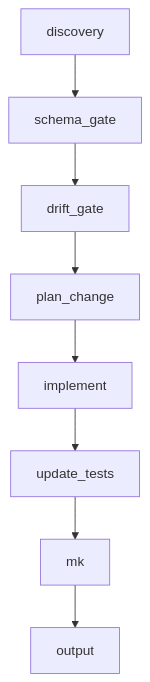
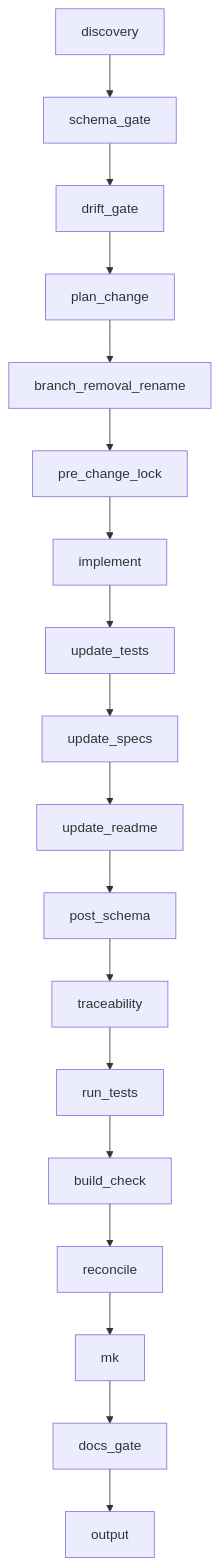
The diagram in mkdoc/cursor/workflows/nova-code.md (perfectedge13/Vinekeepers), drawn with Mermaid before and after one commit. The commit also changed other lines of this file and 36 other files, not shown here.

First line of the commit message:
Refactor Arrietty intake orchestration flow

````diff
--- a/mkdoc/cursor/workflows/nova-code.md
+++ b/mkdoc/cursor/workflows/nova-code.md
@@ -29,10 +30,20 @@
 ```mermaid
 flowchart TB
-  A[discovery] --> C[schema_gate]
-  C --> D[drift_gate]
-  D --> E[plan_change]
-  E --> F[implement]
-  F --> G[update_tests]
-  G --> H[mk]
-  H --> I[output]
+  discovery --> schema_gate
+  schema_gate --> drift_gate
+  drift_gate --> plan_change
+  plan_change --> branch_removal_rename
+  branch_removal_rename --> pre_change_lock
+  pre_change_lock --> implement
+  implement --> update_tests
+  update_tests --> update_specs
+  update_specs --> update_readme
+  update_readme --> post_schema
+  post_schema --> traceability
+  traceability --> run_tests
+  run_tests --> build_check
+  build_check --> reconcile
+  reconcile --> mk
+  mk --> docs_gate
+  docs_gate --> output
 ```
````
